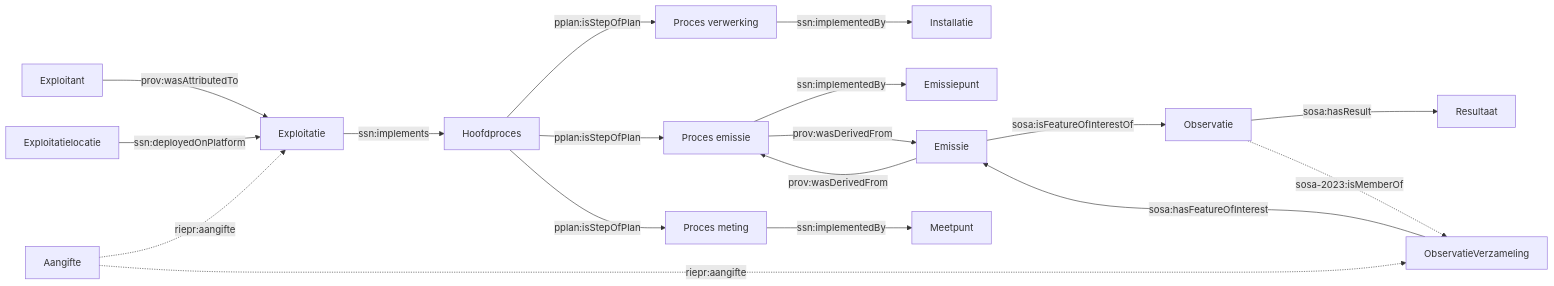
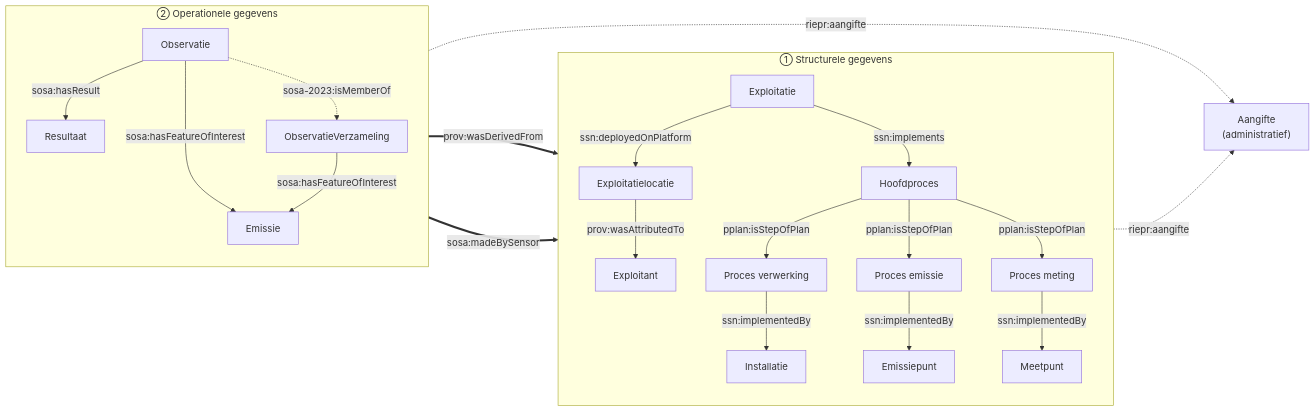
One commit to milieuinfo/RIE-IEPR changed the diagram in documentatie/datamodel/afname/endtoend.md. Above: the diagram before and after it, drawn with Mermaid. The commit also changed other lines of this file and 19 other files, not shown here.

````diff
--- a/documentatie/datamodel/afname/endtoend.md
+++ b/documentatie/datamodel/afname/endtoend.md
@@ -11,20 +14,32 @@
 ```mermaid
 flowchart LR
-    E[Exploitant] -->|prov:wasAttributedTo| X[Exploitatie]
-    L[Exploitatielocatie] -->|ssn:deployedOnPlatform| X
-    X -->|ssn:implements| HP[Hoofdproces]
-    HP -->|pplan:isStepOfPlan| P1[Proces verwerking]
-    HP -->|pplan:isStepOfPlan| P2[Proces emissie]
-    HP -->|pplan:isStepOfPlan| P3[Proces meting]
-    P1 -->|ssn:implementedBy| I[Installatie]
-    P2 -->|ssn:implementedBy| EP[Emissiepunt]
-    P3 -->|ssn:implementedBy| MP[Meetpunt]
-    P2 -->|prov:wasDerivedFrom| EM[Emissie]
-    EM -->|sosa:isFeatureOfInterestOf| O[Observatie]
-    O -->|sosa:hasResult| R[Resultaat]
-    O -.->|sosa-2023:isMemberOf| OV[ObservatieVerzameling]
-    OV -->|sosa:hasFeatureOfInterest| EM
-    A[Aangifte] -.->|riepr:aangifte| X
-    A -.->|riepr:aangifte| OV
-    EM -->|prov:wasDerivedFrom| P2
+    subgraph STRUCT["① Structurele gegevens"]
+        direction TB
+        L[Exploitatielocatie] -->|prov:wasAttributedTo| E[Exploitant]
+        X[Exploitatie] -->|ssn:deployedOnPlatform| L
+        X -->|ssn:implements| HP[Hoofdproces]
+        HP -->|pplan:isStepOfPlan| P1[Proces verwerking]
+        HP -->|pplan:isStepOfPlan| P2[Proces emissie]
+        HP -->|pplan:isStepOfPlan| P3[Proces meting]
+        P1 -->|ssn:implementedBy| I[Installatie]
+        P2 -->|ssn:implementedBy| EP[Emissiepunt]
+        P3 -->|ssn:implementedBy| MP[Meetpunt]
+    end
+
+    subgraph OPER["② Operationele gegevens"]
+        direction TB
+        EM[Emissie]
+        O[Observatie] -->|sosa:hasFeatureOfInterest| EM
+        O -->|sosa:hasResult| R[Resultaat]
+        O -.->|sosa-2023:isMemberOf| OV[ObservatieVerzameling]
+        OV -->|sosa:hasFeatureOfInterest| EM
+    end
+
+    A["Aangifte<br/>(administratief)"]
+
+    %% de drie predicaten die de grens oversteken
+    EM ==>|prov:wasDerivedFrom| P2
+    O ==>|sosa:madeBySensor| MP
+    X -.->|riepr:aangifte| A
+    OV -.->|riepr:aangifte| A
 ```
````
